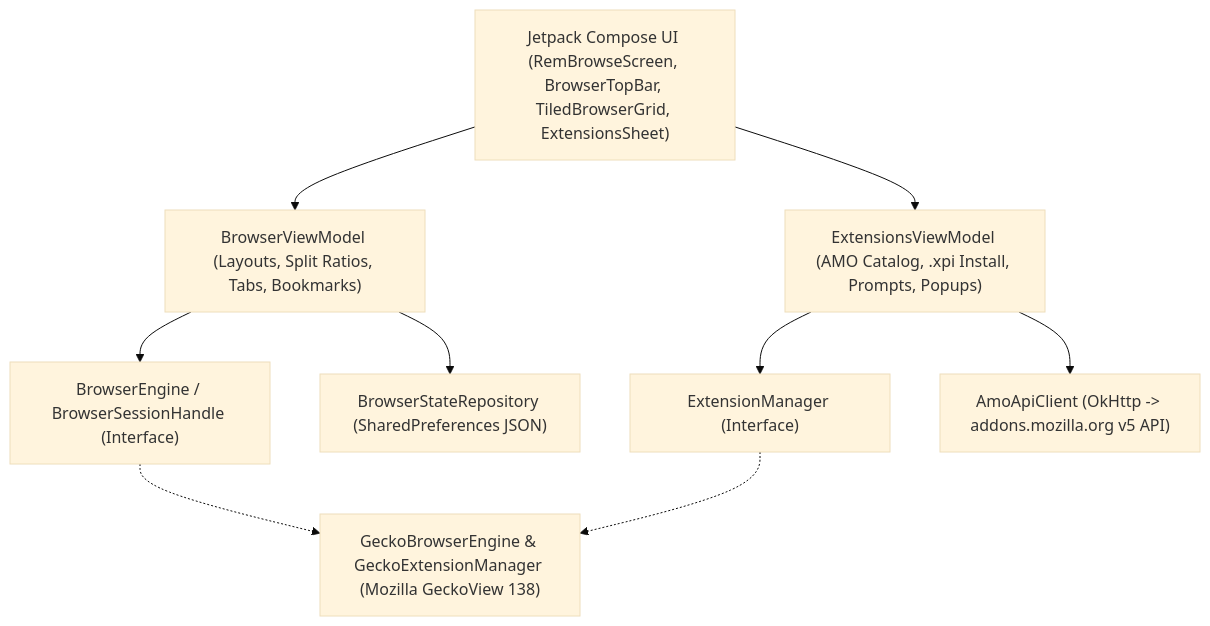
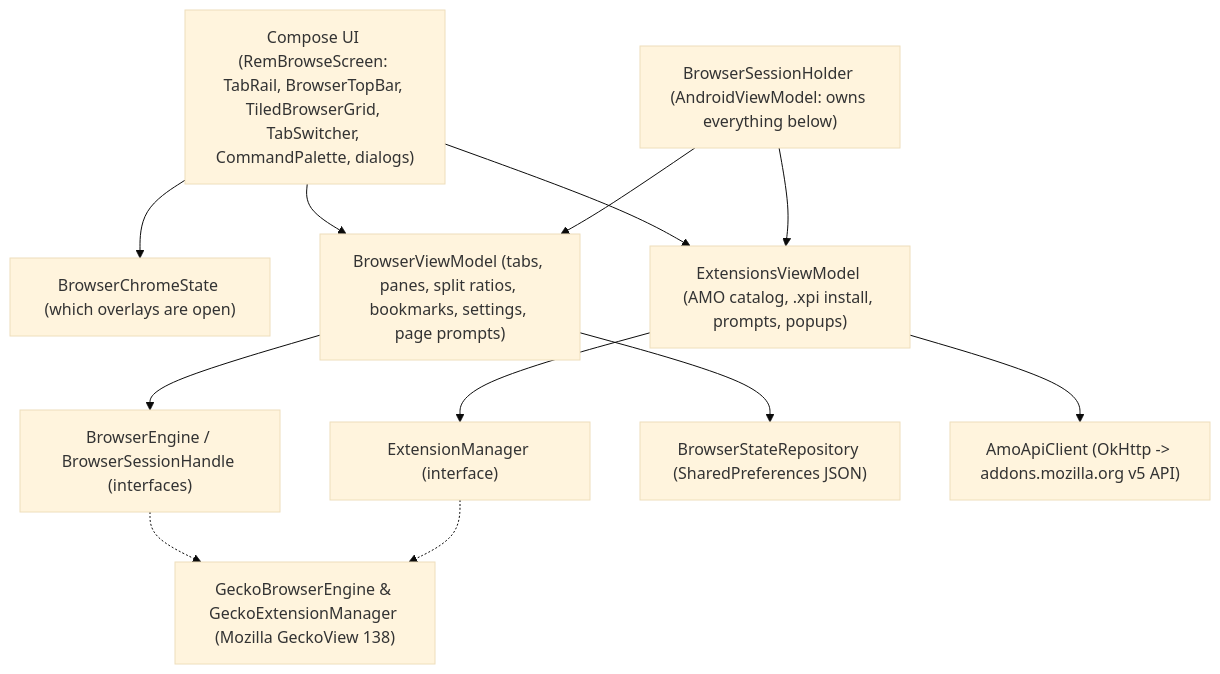
Before and after one commit to sakifmostafa/RemBrowse: the diagram in docs/ARCHITECTURE.md, drawn with Mermaid (base theme). The commit also changed other lines of this file and 53 other files, not shown here.

````diff
--- a/docs/ARCHITECTURE.md
+++ b/docs/ARCHITECTURE.md
@@ -7,20 +7,25 @@
 ```mermaid
 flowchart TD
-    UI["Jetpack Compose UI (RemBrowseScreen, BrowserTopBar, TiledBrowserGrid, ExtensionsSheet)"]
-    BVM["BrowserViewModel (Layouts, Split Ratios, Tabs, Bookmarks)"]
-    EVM["ExtensionsViewModel (AMO Catalog, .xpi Install, Prompts, Popups)"]
-    BE["BrowserEngine / BrowserSessionHandle (Interface)"]
-    EM["ExtensionManager (Interface)"]
+    UI["Compose UI (RemBrowseScreen: TabRail, BrowserTopBar, TiledBrowserGrid, TabSwitcher, CommandPalette, dialogs)"]
+    CHROME["BrowserChromeState (which overlays are open)"]
+    HOLDER["BrowserSessionHolder (AndroidViewModel: owns everything below)"]
+    BVM["BrowserViewModel (tabs, panes, split ratios, bookmarks, settings, page prompts)"]
+    EVM["ExtensionsViewModel (AMO catalog, .xpi install, prompts, popups)"]
+    BE["BrowserEngine / BrowserSessionHandle (interfaces)"]
+    EM["ExtensionManager (interface)"]
     REPO["BrowserStateRepository (SharedPreferences JSON)"]
     AMO["AmoApiClient (OkHttp -> addons.mozilla.org v5 API)"]
     GECKO["GeckoBrowserEngine & GeckoExtensionManager (Mozilla GeckoView 138)"]
 
     UI --> BVM
     UI --> EVM
+    UI --> CHROME
+    HOLDER --> BVM
+    HOLDER --> EVM
     BVM --> BE
     BVM --> REPO
     EVM --> EM
     EVM --> AMO
     BE -.-> GECKO
     EM -.-> GECKO
 ```
````
